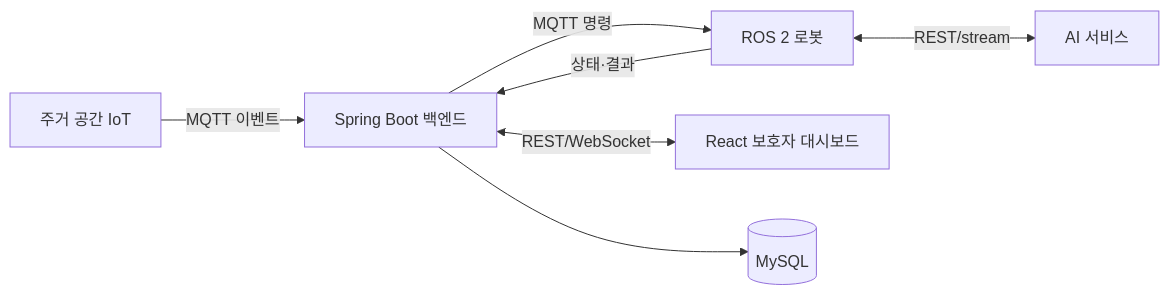
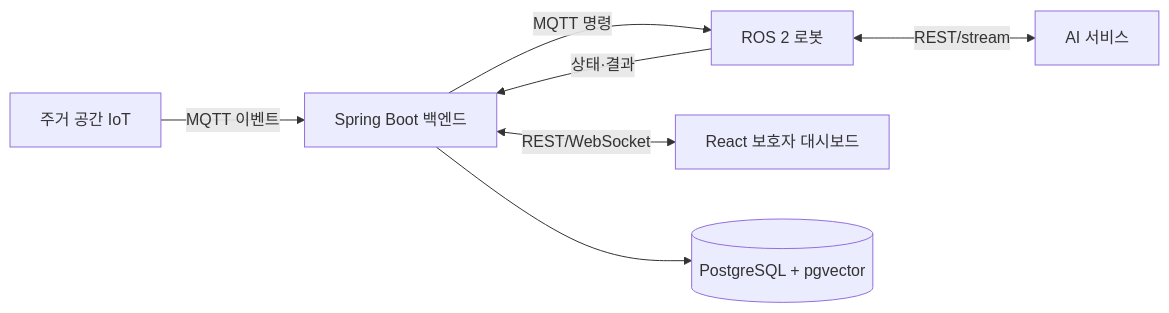
The diagram in docs/architecture/system-overview.md (bomi-aiot/BOMI), drawn with Mermaid before and after one commit. The commit also changed 13 other files, not shown here.

Commit message:
[S15P11E102-46] PostgreSQL + pgvector 운영 환경 구축

````diff
--- a/docs/architecture/system-overview.md
+++ b/docs/architecture/system-overview.md
@@ -5,9 +5,9 @@
 ```mermaid
 flowchart LR
   IoT["주거 공간 IoT"] -->|MQTT 이벤트| BE["Spring Boot 백엔드"]
   BE -->|MQTT 명령| Robot["ROS 2 로봇"]
   Robot -->|상태·결과| BE
   Robot <-->|REST/stream| AI["AI 서비스"]
   BE <-->|REST/WebSocket| FE["React 보호자 대시보드"]
-  BE --> DB[(MySQL)]
+  BE --> DB[(PostgreSQL + pgvector)]
 ```
````
